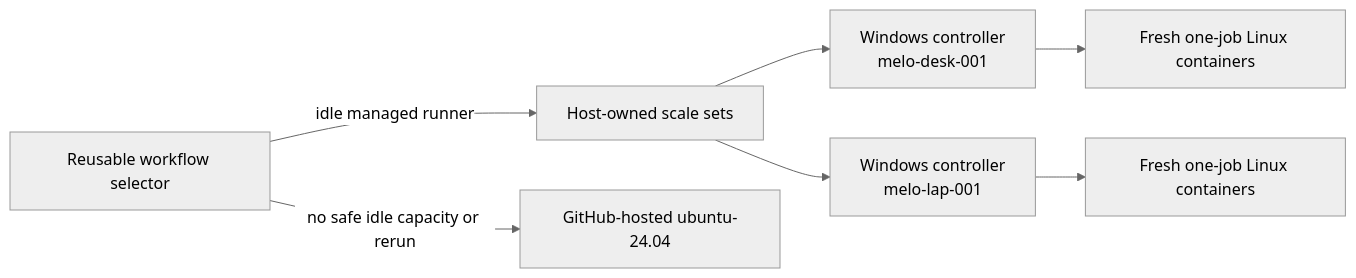
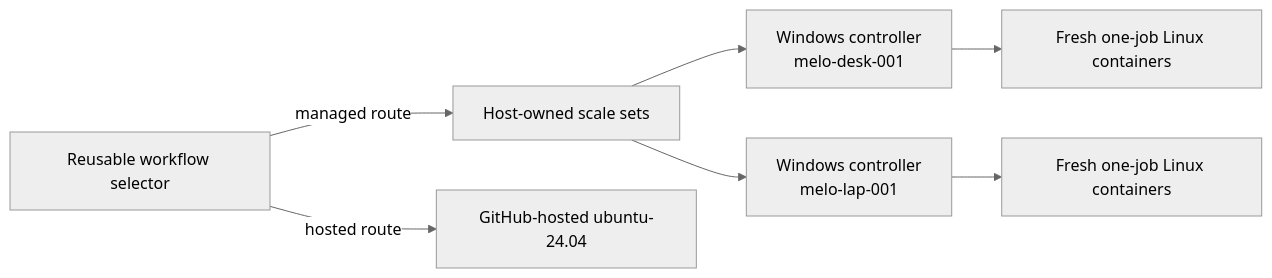
The diagram in README.md (melodic-software/ci-runner), drawn with Mermaid (neutral theme) before and after one commit. The commit also changed other lines of this file and 4 other files, not shown here.

````diff
--- a/README.md
+++ b/README.md
@@ -18,9 +19,9 @@
 ```mermaid
 flowchart LR
-    W["Reusable workflow selector"] -->|"idle managed runner"| S["Host-owned scale sets"]
-    W -->|"no safe idle capacity or rerun"| H["GitHub-hosted ubuntu-24.04"]
+    W["Reusable workflow selector"] -->|"managed route"| S["Host-owned scale sets"]
+    W -->|"hosted route"| H["GitHub-hosted ubuntu-24.04"]
     S --> C1["Windows controller\nmelo-desk-001"]
     S --> C2["Windows controller\nmelo-lap-001"]
     C1 --> D1["Fresh one-job Linux containers"]
     C2 --> D2["Fresh one-job Linux containers"]
 ```
````
